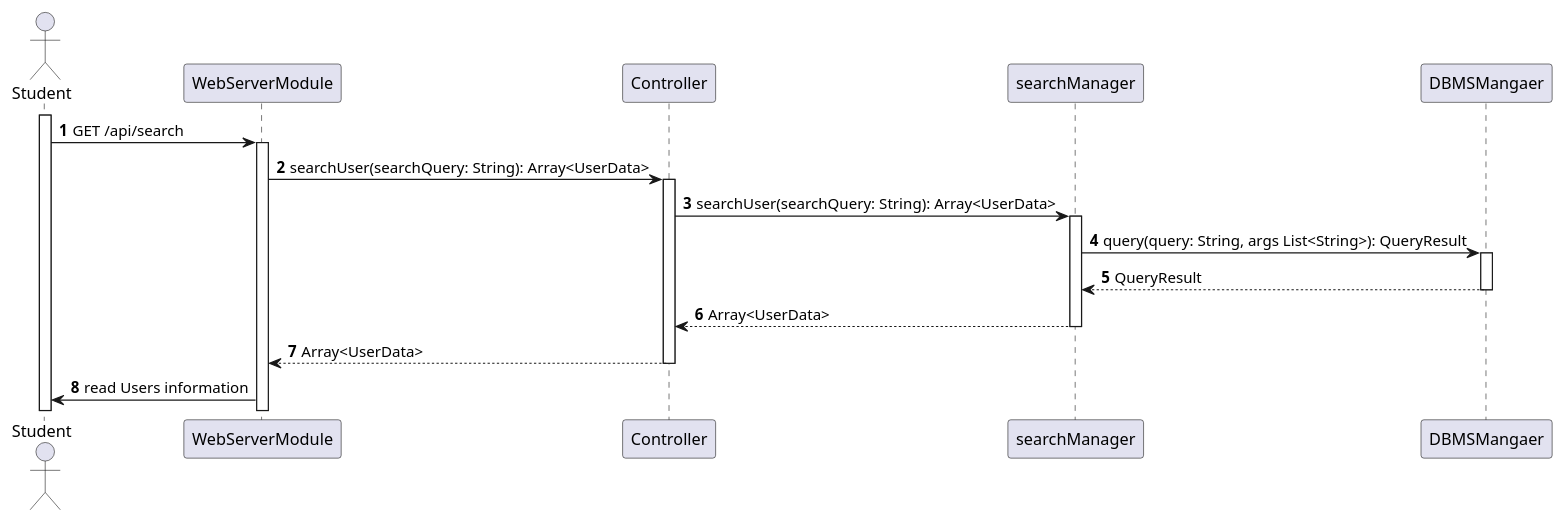
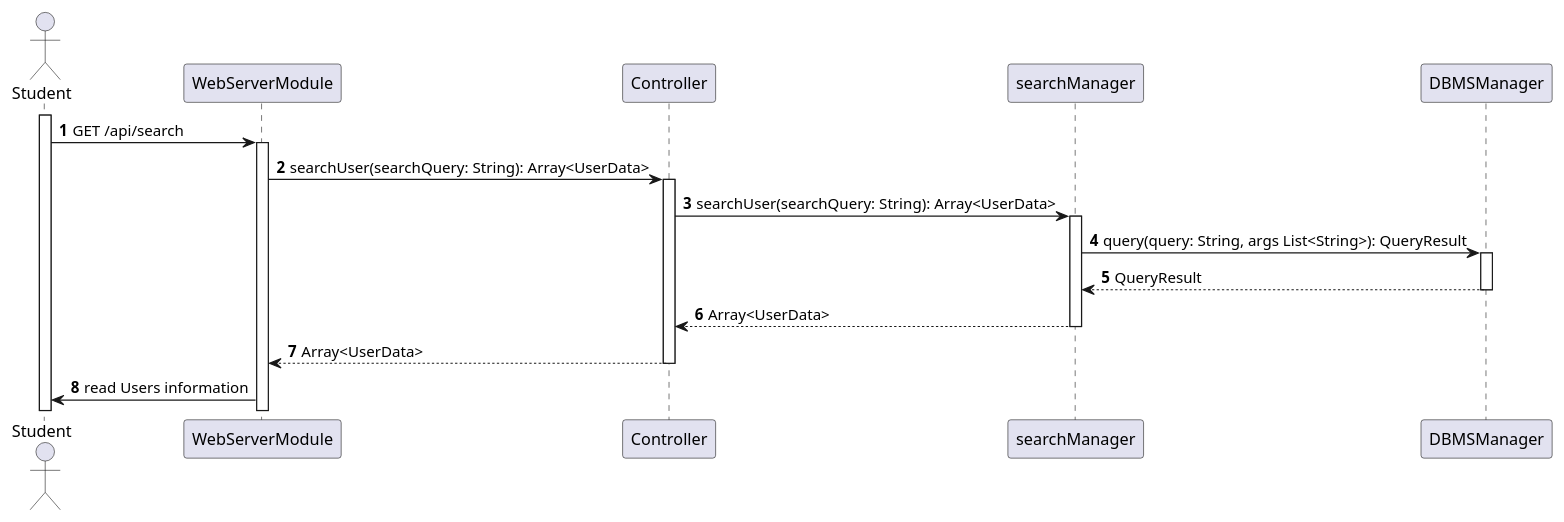
The diagram in _DD/Images/sequenceDiagrams/userSearchesForUsers.wsd (Angelo7672/SE2_Requirement-and-Design-Document), drawn with PlantUML before and after one commit. The commit also changed 7 other files, not shown here.

Commit message:
component Interface diagram and typo fix

```diff
--- a/_DD/Images/sequenceDiagrams/userSearchesForUsers.wsd
+++ b/_DD/Images/sequenceDiagrams/userSearchesForUsers.wsd
@@ -1,30 +1,30 @@
 @startuml
 
 autonumber
 actor Student as U
 participant searchManager as SM
 participant WebServerModule as WS
 participant Controller as C
-participant searchMangaer as SM
-participant DBMSMangaer as DBMS
+participant searchManager as SM
+participant DBMSManager as DBMS
 
 activate U
 U->WS: GET /api/search
 activate WS
 WS->C: searchUser(searchQuery: String): Array<UserData>
 activate C 
 C->SM: searchUser(searchQuery: String): Array<UserData>
 activate SM
 SM->DBMS: query(query: String, args List<String>): QueryResult
 activate DBMS
 DBMS-->SM: QueryResult
 deactivate DBMS
 SM-->C: Array<UserData>
 deactivate SM
 C-->WS:Array<UserData>
 deactivate C
 WS->U: read Users information
 
 
 
 @enduml
```
